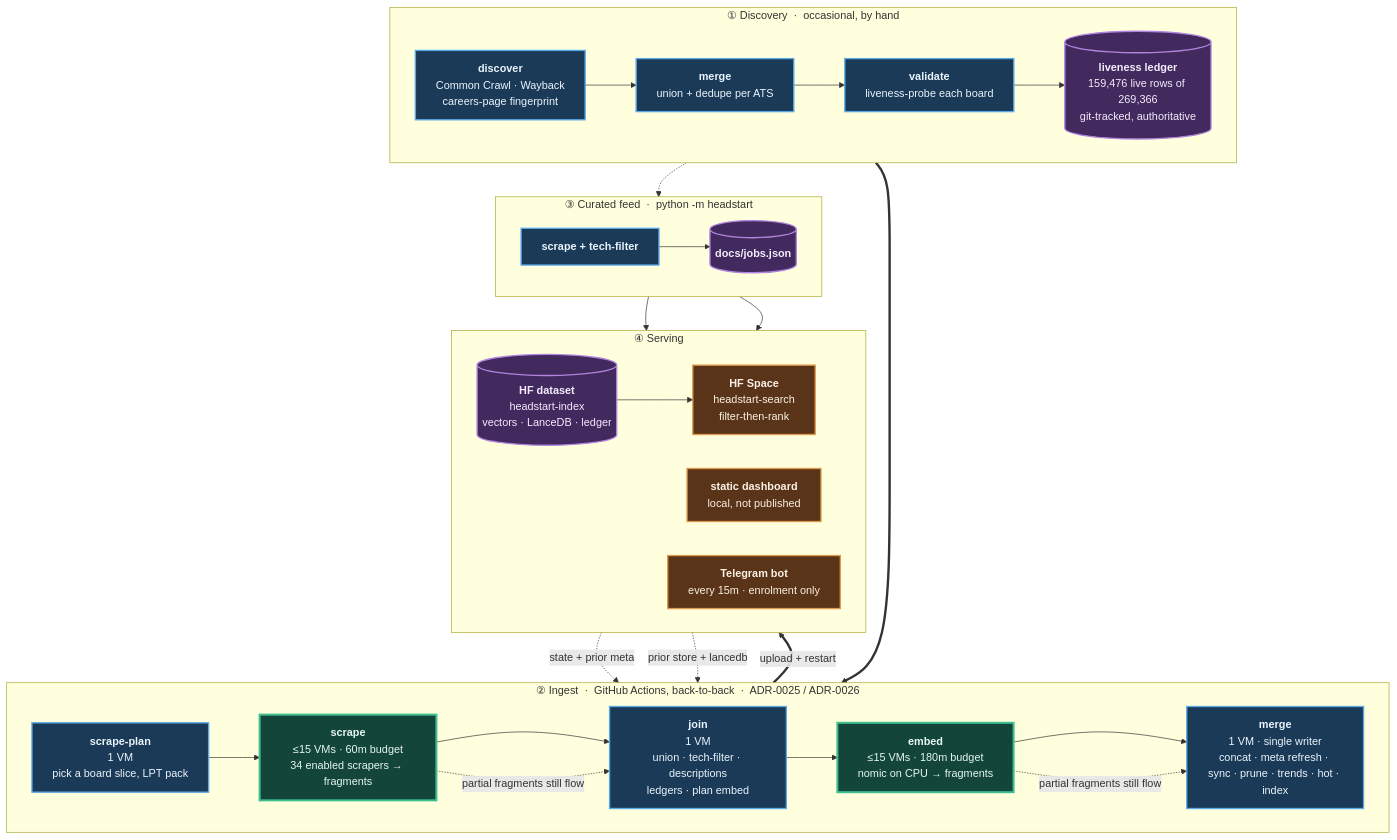
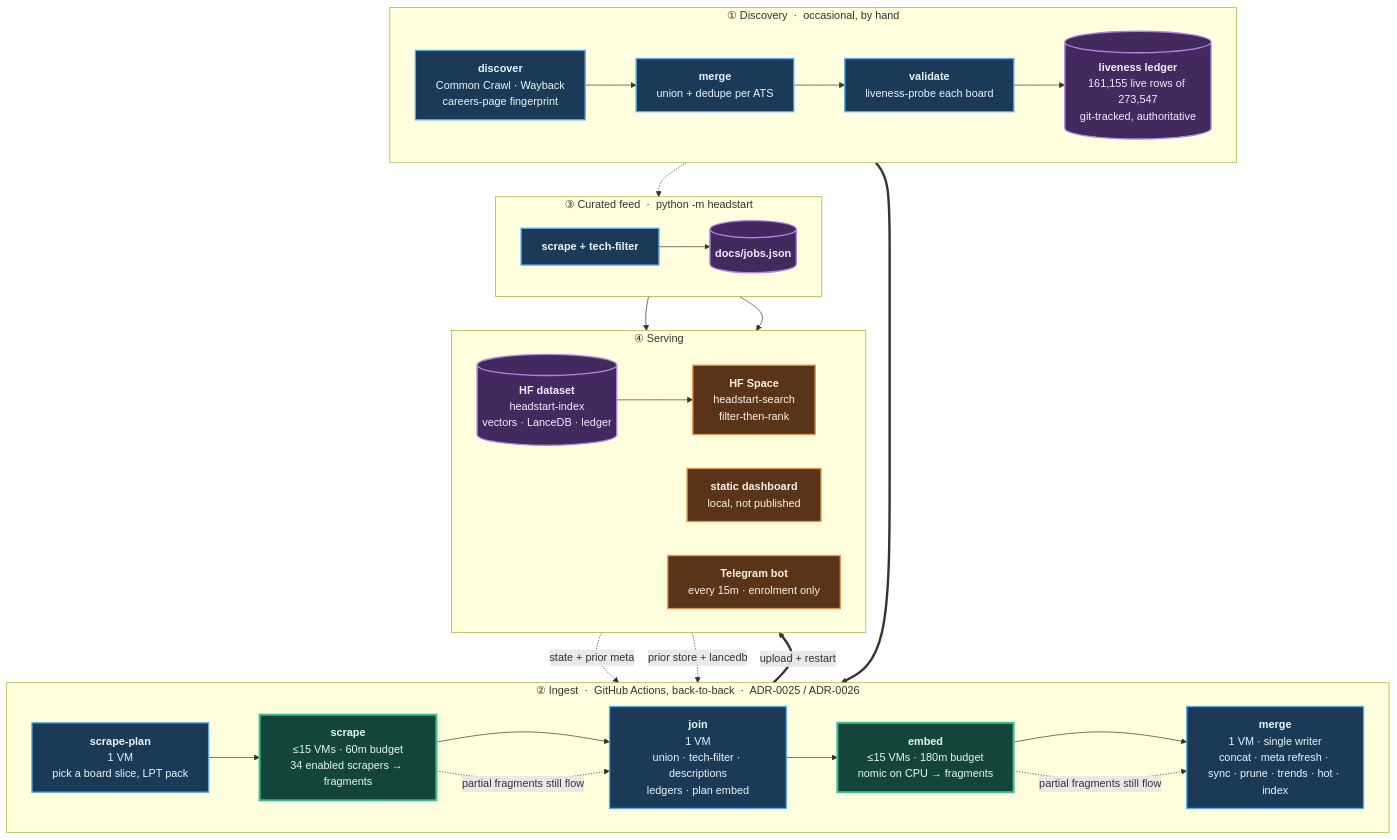
Before and after one commit to sarthakjain004/headstart: the diagram in README.md, drawn with Mermaid. The commit also changed other lines of this file and 26 other files, not shown here.

````diff
--- a/README.md
+++ b/README.md
@@ -171,56 +171,56 @@
 ```mermaid
 flowchart TB
     subgraph D["① Discovery &nbsp;·&nbsp; occasional, by hand"]
         direction LR
         D1["<b>discover</b><br/>Common Crawl · Wayback<br/>careers-page fingerprint"]
         D2["<b>merge</b><br/>union + dedupe per ATS"]
         D3["<b>validate</b><br/>liveness-probe each board"]
-        D4[("<b>liveness ledger</b><br/>159,476 live rows of 269,366<br/>git-tracked, authoritative")]
+        D4[("<b>liveness ledger</b><br/>161,155 live rows of 273,547<br/>git-tracked, authoritative")]
         D1 --> D2 --> D3 --> D4
     end
 
     subgraph P["② Ingest &nbsp;·&nbsp; GitHub Actions, back-to-back &nbsp;·&nbsp; ADR-0025 / ADR-0026"]
         direction LR
         P1["<b>scrape-plan</b><br/>1 VM<br/>pick a board slice, LPT pack"]
         P2["<b>scrape</b><br/>≤15 VMs · 60m budget<br/>34 enabled scrapers → fragments"]
         P3["<b>join</b><br/>1 VM<br/>union · tech-filter · descriptions<br/>ledgers · plan embed"]
         P4["<b>embed</b><br/>≤15 VMs · 180m budget<br/>nomic on CPU → fragments"]
         P5["<b>merge</b><br/>1 VM · single writer<br/>concat · meta refresh · sync · prune · trends · hot · index"]
         P1 --> P2 --> P3 --> P4 --> P5
     end
 
     subgraph F["③ Curated feed &nbsp;·&nbsp; python -m headstart"]
         direction LR
         F1["<b>scrape + tech-filter</b>"]
         F2[("<b>docs/jobs.json</b>")]
         F1 --> F2
     end
 
     subgraph S["④ Serving"]
         direction LR
         S1[("<b>HF dataset</b><br/>headstart-index<br/>vectors · LanceDB · ledger")]
         S2["<b>HF Space</b><br/>headstart-search<br/>filter-then-rank"]
         S3["<b>static dashboard</b><br/>local, not published"]
         S4["<b>Telegram bot</b><br/>every 15m · enrolment only"]
         S1 --> S2
     end
 
     D4 ==> P1
     S1 -. "state + prior meta" .-> P1
     S1 -. "prior store + lancedb" .-> P5
     D4 -.-> F1
     P5 ==>|"upload + restart"| S1
     F2 --> S3
     F2 --> S4
     P2 -. "partial fragments still flow" .-> P3
     P4 -. "partial fragments still flow" .-> P5
 
     classDef serial fill:#1b3a57,stroke:#5aa9e6,stroke-width:2px,color:#eaf4fc
     classDef fan fill:#14453a,stroke:#3fbf8f,stroke-width:3px,color:#e4f7f0
     classDef store fill:#42295e,stroke:#b184dd,stroke-width:2px,color:#f4ecfc
     classDef serve fill:#5a3418,stroke:#e09a4f,stroke-width:2px,color:#fbf1e6
     class D1,D2,D3,P1,P3,P5,F1 serial
     class P2,P4 fan
     class D4,F2,S1 store
     class S2,S3,S4 serve
 ```
````
